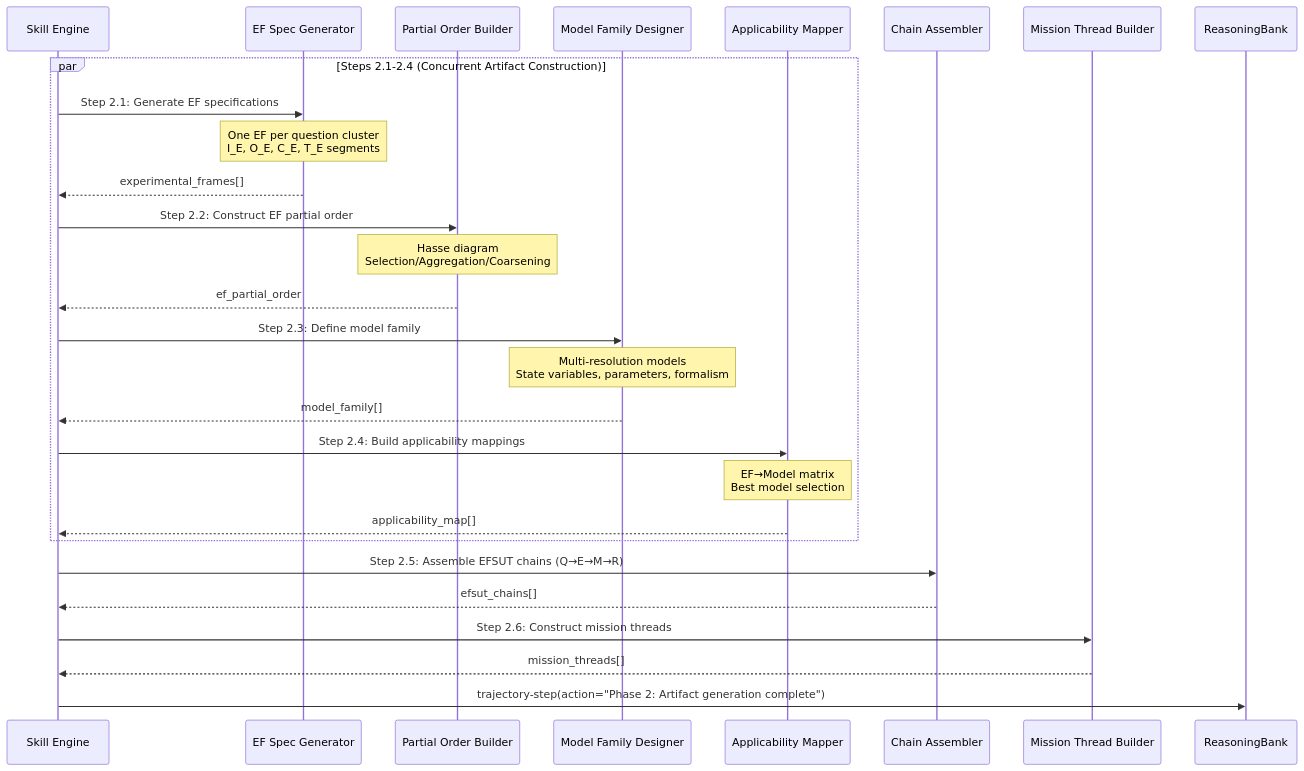
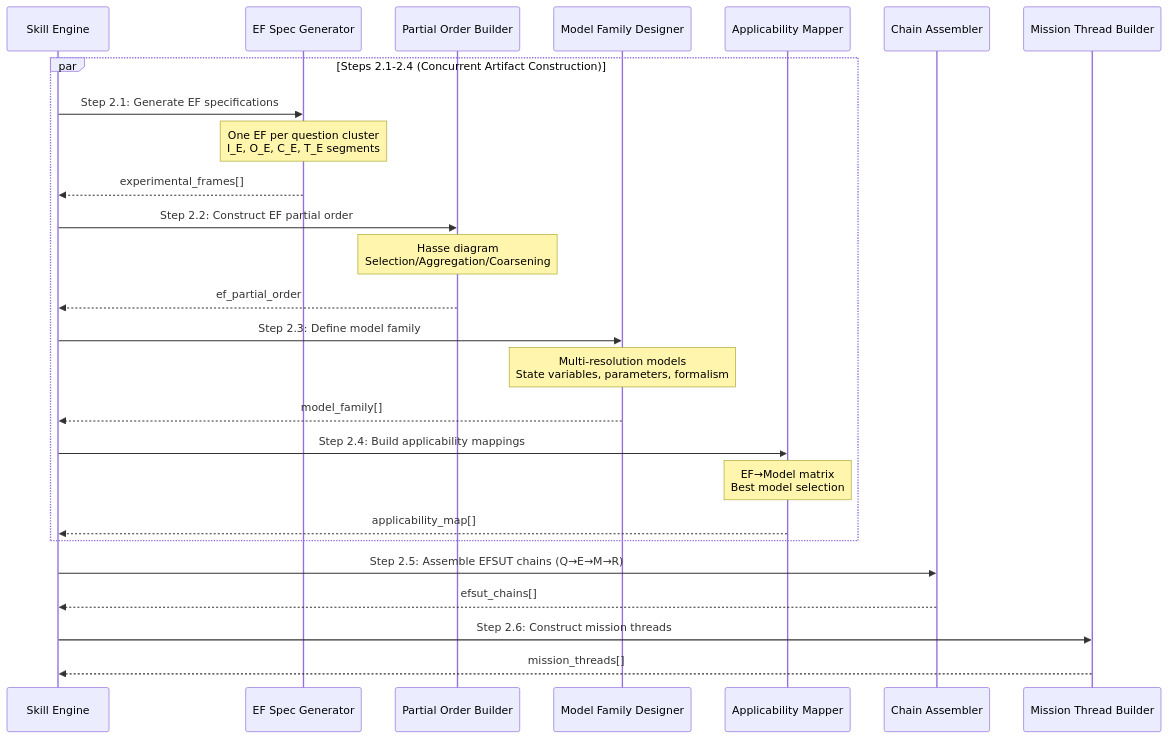
One commit to ckoertje-rtsync/devs-skills-claude changed the fifth of 8 diagrams in skills/generate-ef-sut/SKILL.md. Above: the diagram before and after it, drawn with Mermaid. The commit also changed other lines of this file, not shown here.

First line of the commit message:
generate-ef-sut: drop AgentDB and ReasoningBank hooks

````diff
--- a/skills/generate-ef-sut/SKILL.md
+++ b/skills/generate-ef-sut/SKILL.md
@@ -598,37 +552,34 @@
 ```mermaid
 sequenceDiagram
     participant S as Skill Engine
     participant EF as EF Spec Generator
     participant PO as Partial Order Builder
     participant MF as Model Family Designer
     participant AM as Applicability Mapper
     participant CH as Chain Assembler
     participant MT as Mission Thread Builder
-    participant RB as ReasoningBank
 
     par Steps 2.1-2.4 (Concurrent Artifact Construction)
         S->>EF: Step 2.1: Generate EF specifications
         Note over EF: One EF per question cluster<br/>I_E, O_E, C_E, T_E segments
         EF-->>S: experimental_frames[]
 
         S->>PO: Step 2.2: Construct EF partial order
         Note over PO: Hasse diagram<br/>Selection/Aggregation/Coarsening
         PO-->>S: ef_partial_order
 
         S->>MF: Step 2.3: Define model family
         Note over MF: Multi-resolution models<br/>State variables, parameters, formalism
         MF-->>S: model_family[]
 
         S->>AM: Step 2.4: Build applicability mappings
         Note over AM: EF→Model matrix<br/>Best model selection
         AM-->>S: applicability_map[]
     end
 
     S->>CH: Step 2.5: Assemble EFSUT chains (Q→E→M→R)
     CH-->>S: efsut_chains[]
 
     S->>MT: Step 2.6: Construct mission threads
     MT-->>S: mission_threads[]
-
-    S->>RB: trajectory-step(action="Phase 2: Artifact generation complete")
 ```
````
